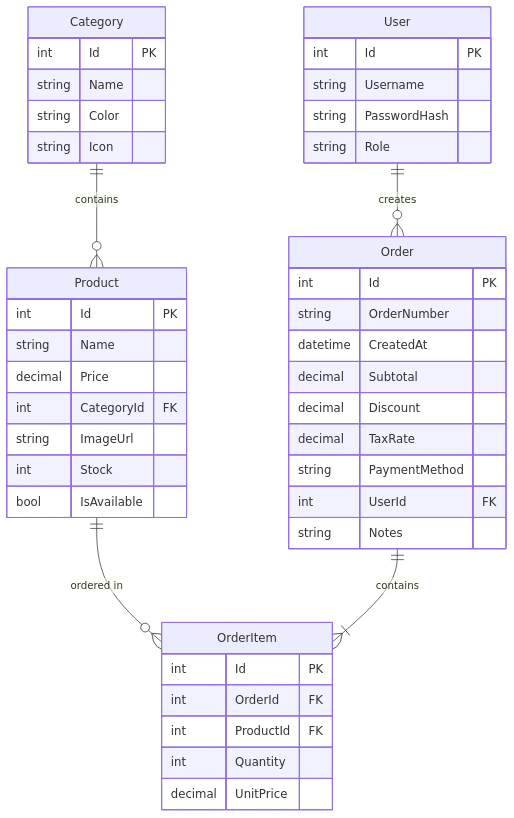
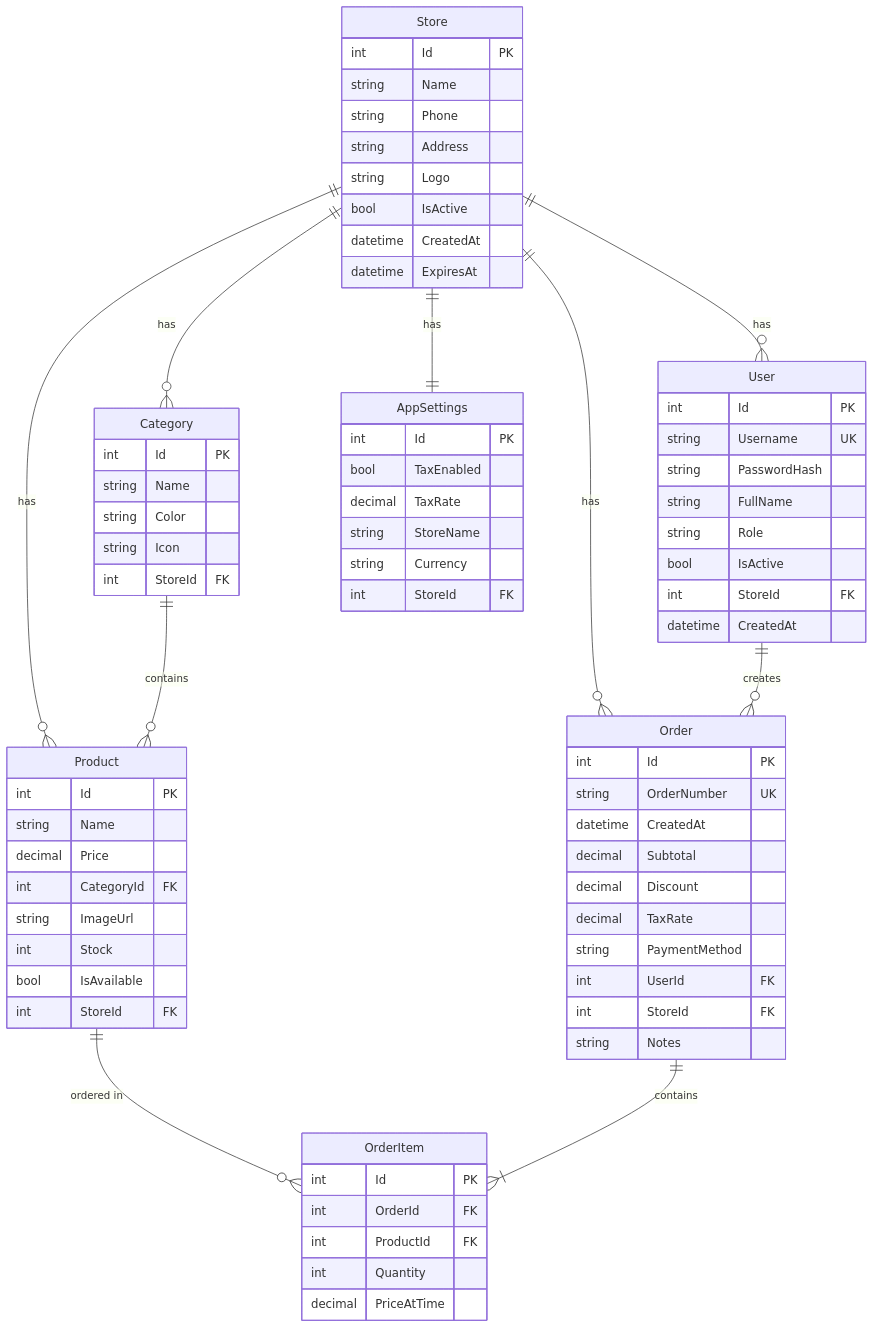
Before and after one commit to hisham1911/Kasser-Pro: the diagram in README.md, drawn with Mermaid. The commit also changed other lines of this file and 1 other file, not shown here.

````diff
--- a/README.md
+++ b/README.md
@@ -243,15 +329,44 @@
 ```mermaid
 erDiagram
+    Store ||--o{ User : has
+    Store ||--o{ Product : has
+    Store ||--o{ Category : has
+    Store ||--o{ Order : has
+    Store ||--|| AppSettings : has
+    
     Category ||--o{ Product : contains
     Product ||--o{ OrderItem : "ordered in"
     Order ||--|{ OrderItem : contains
     User ||--o{ Order : creates
+
+    Store {
+        int Id PK
+        string Name
+        string Phone
+        string Address
+        string Logo
+        bool IsActive
+        datetime CreatedAt
+        datetime ExpiresAt
+    }
+
+    User {
+        int Id PK
+        string Username UK
+        string PasswordHash
+        string FullName
+        string Role
+        bool IsActive
+        int StoreId FK
+        datetime CreatedAt
+    }
 
     Category {
         int Id PK
         string Name
         string Color
         string Icon
+        int StoreId FK
     }
 
     Product {
@@ -262,17 +377,19 @@
         string ImageUrl
         int Stock
         bool IsAvailable
+        int StoreId FK
     }
 
     Order {
         int Id PK
-        string OrderNumber
+        string OrderNumber UK
         datetime CreatedAt
         decimal Subtotal
         decimal Discount
         decimal TaxRate
         string PaymentMethod
         int UserId FK
+        int StoreId FK
         string Notes
     }
 
@@ -281,13 +398,15 @@
         int OrderId FK
         int ProductId FK
         int Quantity
-        decimal UnitPrice
+        decimal PriceAtTime
     }
 
-    User {
+    AppSettings {
         int Id PK
-        string Username
-        string PasswordHash
-        string Role
+        bool TaxEnabled
+        decimal TaxRate
+        string StoreName
+        string Currency
+        int StoreId FK
     }
 ```
````
